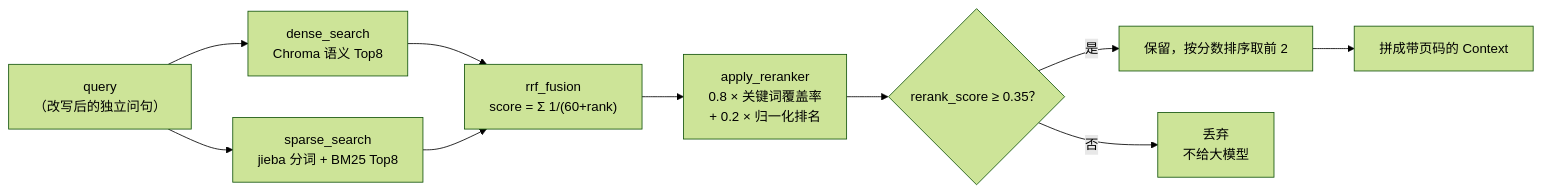
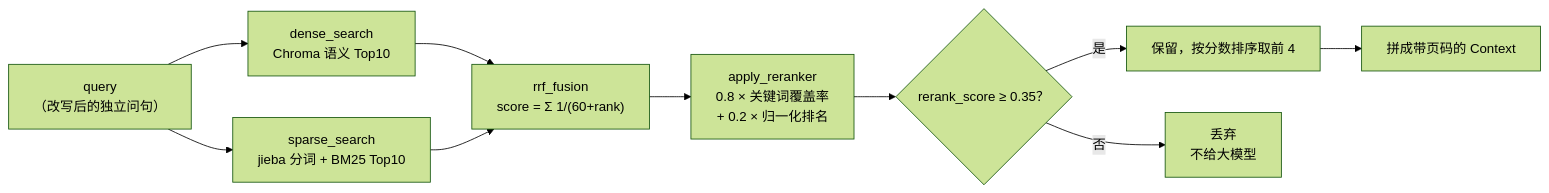
The second of 4 diagrams in docs/流程图.md (qzbxxx/edu-Agent), drawn with Mermaid (forest theme) before and after one commit. The commit also changed other lines of this file and 21 other files, not shown here.

````diff
--- a/docs/流程图.md
+++ b/docs/流程图.md
@@ -75,14 +75,14 @@
 ```mermaid
 flowchart LR
-    Q["query<br/>（改写后的独立问句）"] --> D["dense_search<br/>Chroma 语义 Top8"]
-    Q --> S["sparse_search<br/>jieba 分词 + BM25 Top8"]
+    Q["query<br/>（改写后的独立问句）"] --> D["dense_search<br/>Chroma 语义 Top10"]
+    Q --> S["sparse_search<br/>jieba 分词 + BM25 Top10"]
 
     D --> R["rrf_fusion<br/>score = Σ 1/(60+rank)"]
     S --> R
 
     R --> RR["apply_reranker<br/>0.8 × 关键词覆盖率<br/>+ 0.2 × 归一化排名"]
     RR --> T{"rerank_score ≥ 0.35？"}
-    T -->|"是"| K["保留，按分数排序取前 2"]
+    T -->|"是"| K["保留，按分数排序取前 4"]
     T -->|"否"| X["丢弃<br/>不给大模型"]
     K --> CTX["拼成带页码的 Context"]
 ```
````
